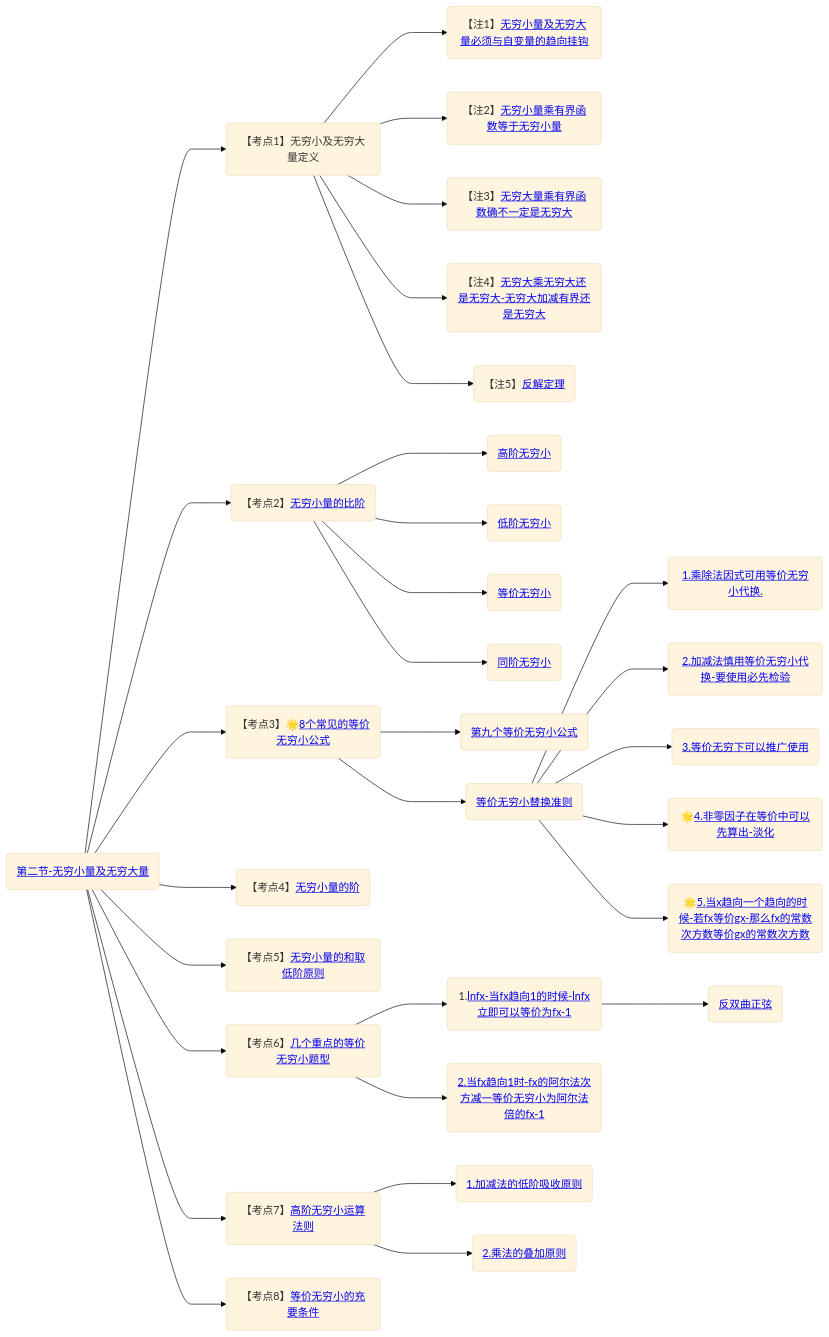
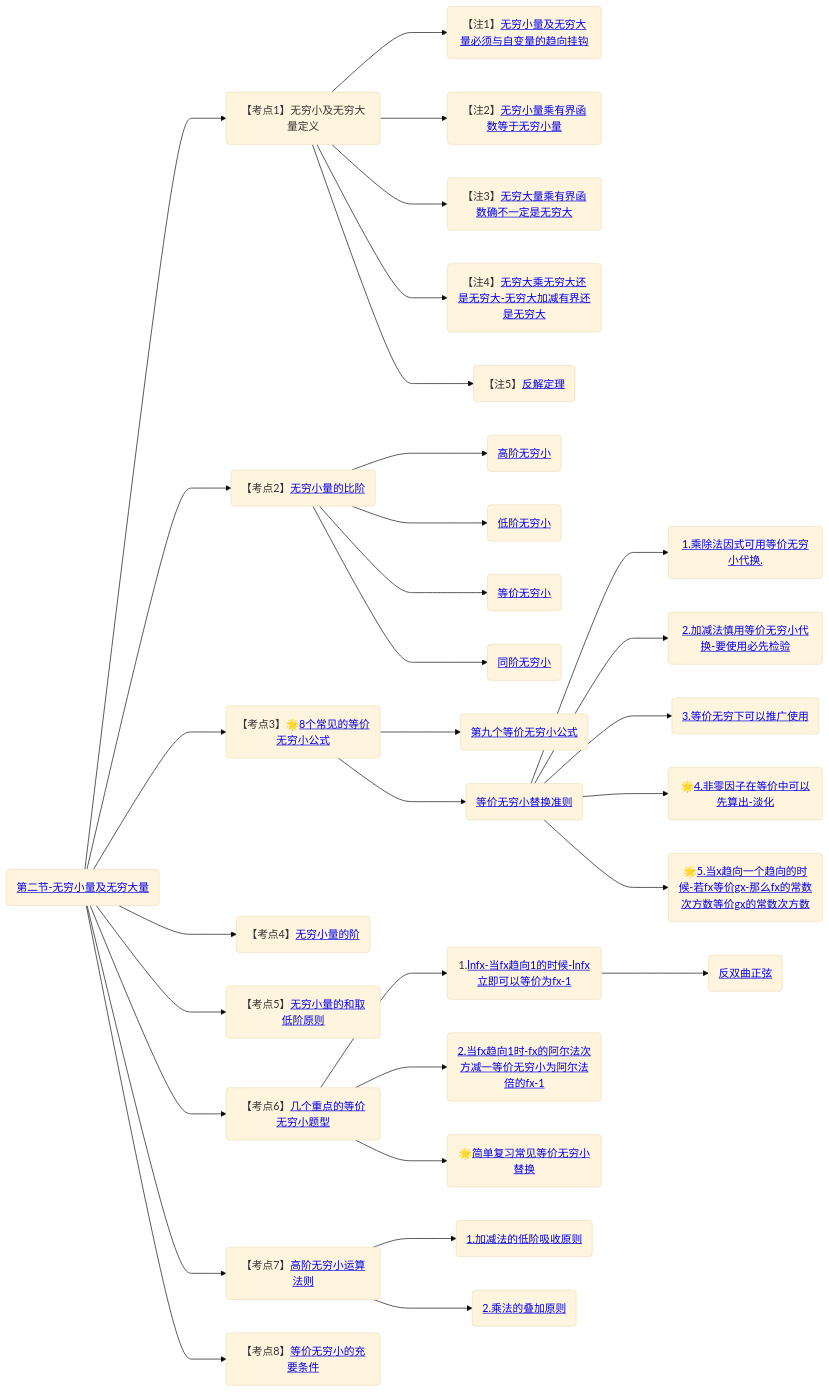
Before and after one commit to yuebinghui/note: the second of 3 diagrams in 笔记/数学/周洋鑫/基础班/00.大纲.md, drawn with Mermaid (base theme). The commit also changed 2 other files, not shown here.

Commit message:
Tue Oct  8 16:20:01 CST 2024

````diff
--- a/笔记/数学/周洋鑫/基础班/00.大纲.md
+++ b/笔记/数学/周洋鑫/基础班/00.大纲.md
@@ -41,44 +41,46 @@
 ```mermaid
 graph LR
 
 第二节-无穷小量及无穷大量(<a href="/Users/yuebinghui/Documents/program/github/note/笔记/数学/周洋鑫/基础班/02.无穷小量及无穷大量.md#第二节-无穷小量及无穷大量">第二节-无穷小量及无穷大量</>)
 
 第二节-无穷小量及无穷大量--->无穷小及无穷大量定义(【考点1】无穷小及无穷大量定义)
 
 无穷小及无穷大量定义--->无穷小量及无穷大量必须与自变量的趋向挂钩(【注1】<a href="/Users/yuebinghui/Documents/program/github/note/笔记/数学/周洋鑫/基础班/02.无穷小量及无穷大量.md#无穷小量及无穷大量必须与自变量的趋向挂钩">无穷小量及无穷大量必须与自变量的趋向挂钩</>)
 无穷小及无穷大量定义--->无穷小量乘有界函数等于无穷小量(【注2】<a href="/Users/yuebinghui/Documents/program/github/note/笔记/数学/周洋鑫/基础班/02.无穷小量及无穷大量.md#无穷小量乘有界函数等于无穷小量">无穷小量乘有界函数等于无穷小量</>)
 无穷小及无穷大量定义--->无穷大量乘有界函数确不一定是无穷大(【注3】<a href="/Users/yuebinghui/Documents/program/github/note/笔记/数学/周洋鑫/基础班/02.无穷小量及无穷大量.md#无穷大量乘有界函数确不一定是无穷大">无穷大量乘有界函数确不一定是无穷大</>)
 无穷小及无穷大量定义--->无穷大乘无穷大还是无穷大-无穷大加减有界还是无穷大(【注4】<a href="/Users/yuebinghui/Documents/program/github/note/笔记/数学/周洋鑫/基础班/02.无穷小量及无穷大量.md#无穷大乘无穷大还是无穷大-无穷大加减有界还是无穷大">无穷大乘无穷大还是无穷大-无穷大加减有界还是无穷大</>)
 无穷小及无穷大量定义--->反解定理(【注5】<a href="/Users/yuebinghui/Documents/program/github/note/笔记/数学/周洋鑫/基础班/02.无穷小量及无穷大量.md#反解定理">反解定理</>)
 
 第二节-无穷小量及无穷大量--->无穷小量的比阶(【考点2】<a href="/Users/yuebinghui/Documents/program/github/note/笔记/数学/周洋鑫/基础班/02.无穷小量及无穷大量.md#无穷小量的比阶">无穷小量的比阶</>)
 无穷小量的比阶--->高阶无穷小(<a href="/Users/yuebinghui/Documents/program/github/note/笔记/数学/周洋鑫/基础班/02.无穷小量及无穷大量.md#高阶无穷小">高阶无穷小</>)
 无穷小量的比阶--->低阶无穷小(<a href="/Users/yuebinghui/Documents/program/github/note/笔记/数学/周洋鑫/基础班/02.无穷小量及无穷大量.md#低阶无穷小">低阶无穷小</>)
 无穷小量的比阶--->等价无穷小(<a href="/Users/yuebinghui/Documents/program/github/note/笔记/数学/周洋鑫/基础班/02.无穷小量及无穷大量.md#等价无穷小">等价无穷小</>)
 无穷小量的比阶--->同阶无穷小(<a href="/Users/yuebinghui/Documents/program/github/note/笔记/数学/周洋鑫/基础班/02.无穷小量及无穷大量.md#同阶无穷小">同阶无穷小</>)
 
 第二节-无穷小量及无穷大量--->8个常见的等价无穷小公式(【考点3】🌟<a href="/Users/yuebinghui/Documents/program/github/note/笔记/数学/周洋鑫/基础班/02.无穷小量及无穷大量.md#8个常见的等价无穷小公式">8个常见的等价无穷小公式</>)
 8个常见的等价无穷小公式--->第九个等价无穷小公式(<a href="/Users/yuebinghui/Documents/program/github/note/笔记/数学/周洋鑫/基础班/02.无穷小量及无穷大量.md#第九个等价无穷小公式">第九个等价无穷小公式</>)
 8个常见的等价无穷小公式--->等价无穷小替换准则(<a href="/Users/yuebinghui/Documents/program/github/note/笔记/数学/周洋鑫/基础班/02.无穷小量及无穷大量.md#等价无穷小替换准则">等价无穷小替换准则</>)
 等价无穷小替换准则--->1.乘除法因式可用等价无穷小代换.(<a href="/Users/yuebinghui/Documents/program/github/note/笔记/数学/周洋鑫/基础班/02.无穷小量及无穷大量.md#1.乘除法因式可用等价无穷小代换.">1.乘除法因式可用等价无穷小代换.</>)
 等价无穷小替换准则--->2.加减法慎用等价无穷小代换-要使用必先检验(<a href="/Users/yuebinghui/Documents/program/github/note/笔记/数学/周洋鑫/基础班/02.无穷小量及无穷大量.md#2.加减法慎用等价无穷小代换-要使用必先检验">2.加减法慎用等价无穷小代换-要使用必先检验</>)
 等价无穷小替换准则--->3.等价无穷下可以推广使用(<a href="/Users/yuebinghui/Documents/program/github/note/笔记/数学/周洋鑫/基础班/02.无穷小量及无穷大量.md#3.等价无穷下可以推广使用">3.等价无穷下可以推广使用</>)
 等价无穷小替换准则--->4.非零因子在等价中可以先算出-淡化(🌟<a href="/Users/yuebinghui/Documents/program/github/note/笔记/数学/周洋鑫/基础班/02.无穷小量及无穷大量.md#4.非零因子在等价中可以先算出-淡化">4.非零因子在等价中可以先算出-淡化</>)
 等价无穷小替换准则--->5.当x趋向一个趋向的时候-若fx等价gx-那么fx的常数次方数等价gx的常数次方数(🌟<a href="/Users/yuebinghui/Documents/program/github/note/笔记/数学/周洋鑫/基础班/02.无穷小量及无穷大量.md#5.当x趋向一个趋向的时候-若fx等价gx-那么fx的常数次方数等价gx的常数次方数">5.当x趋向一个趋向的时候-若fx等价gx-那么fx的常数次方数等价gx的常数次方数</>)
 
+
 第二节-无穷小量及无穷大量--->无穷小量的阶(【考点4】<a href="/Users/yuebinghui/Documents/program/github/note/笔记/数学/周洋鑫/基础班/02.无穷小量及无穷大量.md#无穷小量的阶">无穷小量的阶</>)
 
 第二节-无穷小量及无穷大量--->无穷小量的和取低阶原则(【考点5】<a href="/Users/yuebinghui/Documents/program/github/note/笔记/数学/周洋鑫/基础班/02.无穷小量及无穷大量.md#无穷小量的和取低阶原则">无穷小量的和取低阶原则</>)
 
 第二节-无穷小量及无穷大量--->几个重点的等价无穷小题型(【考点6】<a href="/Users/yuebinghui/Documents/program/github/note/笔记/数学/周洋鑫/基础班/02.无穷小量及无穷大量.md#几个重点的等价无穷小题型">几个重点的等价无穷小题型</>)
 几个重点的等价无穷小题型--->lnfx-当fx趋向1的时候-lnfx立即可以等价为fx-1(1.<a href="/Users/yuebinghui/Documents/program/github/note/笔记/数学/周洋鑫/基础班/02.无穷小量及无穷大量.md#lnfx-当fx趋向1的时候-lnfx立即可以等价为fx-1">lnfx-当fx趋向1的时候-lnfx立即可以等价为fx-1</>)
 lnfx-当fx趋向1的时候-lnfx立即可以等价为fx-1--->反双曲正弦(<a href="/Users/yuebinghui/Documents/program/github/note/笔记/数学/周洋鑫/基础班/02.无穷小量及无穷大量.md#反双曲正弦">反双曲正弦</>)
 几个重点的等价无穷小题型--->2.当fx趋向1时-fx的阿尔法次方减一等价无穷小为阿尔法倍的fx-1(<a href="/Users/yuebinghui/Documents/program/github/note/笔记/数学/周洋鑫/基础班/02.无穷小量及无穷大量.md#2.当fx趋向1时-fx的阿尔法次方减一等价无穷小为阿尔法倍的fx-1">2.当fx趋向1时-fx的阿尔法次方减一等价无穷小为阿尔法倍的fx-1</>)
+几个重点的等价无穷小题型--->简单复习常见等价无穷小替换(🌟<a href="/Users/yuebinghui/Documents/program/github/note/笔记/数学/周洋鑫/基础班/03.泰勒公式-洛必达法则.md#简单复习常见等价无穷小替换">简单复习常见等价无穷小替换</>)
 
 第二节-无穷小量及无穷大量--->高阶无穷小运算法则(【考点7】<a href="/Users/yuebinghui/Documents/program/github/note/笔记/数学/周洋鑫/基础班/03.泰勒公式-洛必达法则.md#高阶无穷小运算法则">高阶无穷小运算法则</>)
 高阶无穷小运算法则--->1.加减法的低阶吸收原则(<a href="/Users/yuebinghui/Documents/program/github/note/笔记/数学/周洋鑫/基础班/03.泰勒公式-洛必达法则.md#1.加减法的低阶吸收原则">1.加减法的低阶吸收原则</>)
 高阶无穷小运算法则--->2.乘法的叠加原则(<a href="/Users/yuebinghui/Documents/program/github/note/笔记/数学/周洋鑫/基础班/03.泰勒公式-洛必达法则.md#2.乘法的叠加原则">2.乘法的叠加原则</>)
 
 第二节-无穷小量及无穷大量--->等价无穷小的充要条件(【考点8】<a href="/Users/yuebinghui/Documents/program/github/note/笔记/数学/周洋鑫/基础班/03.泰勒公式-洛必达法则.md#等价无穷小的充要条件">等价无穷小的充要条件</>)
 
 ```
````
